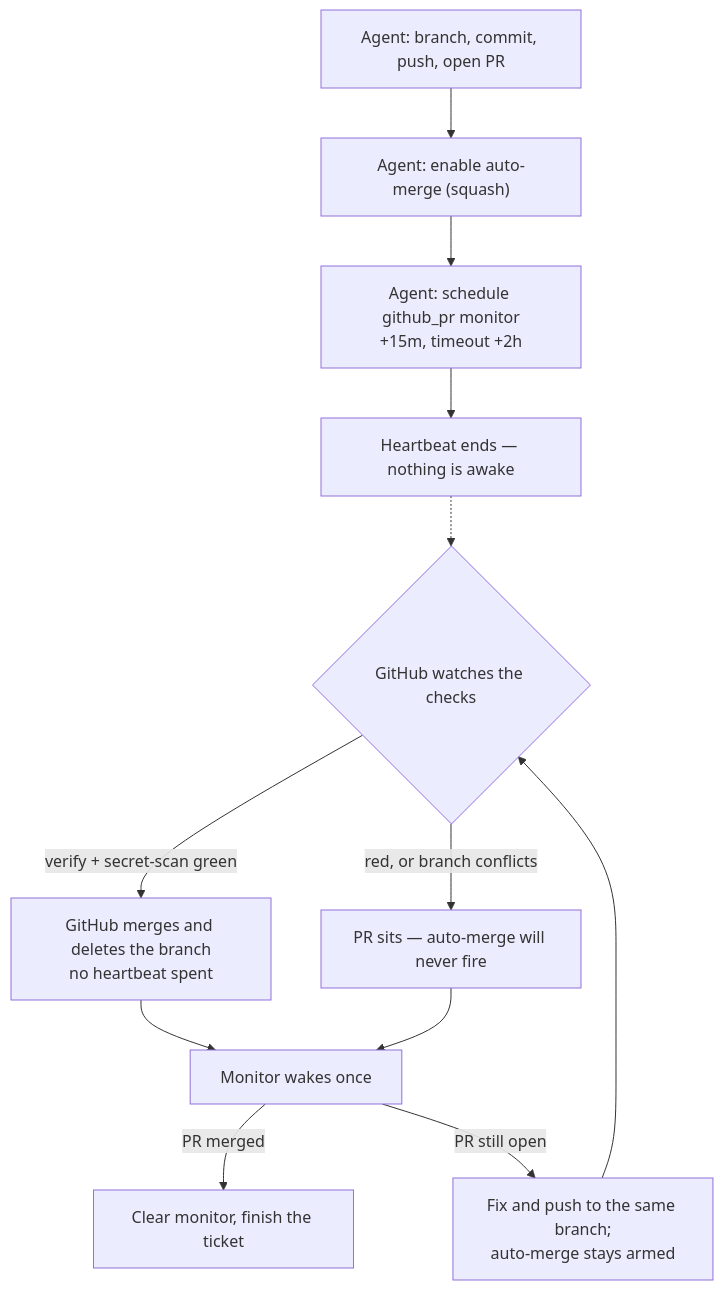
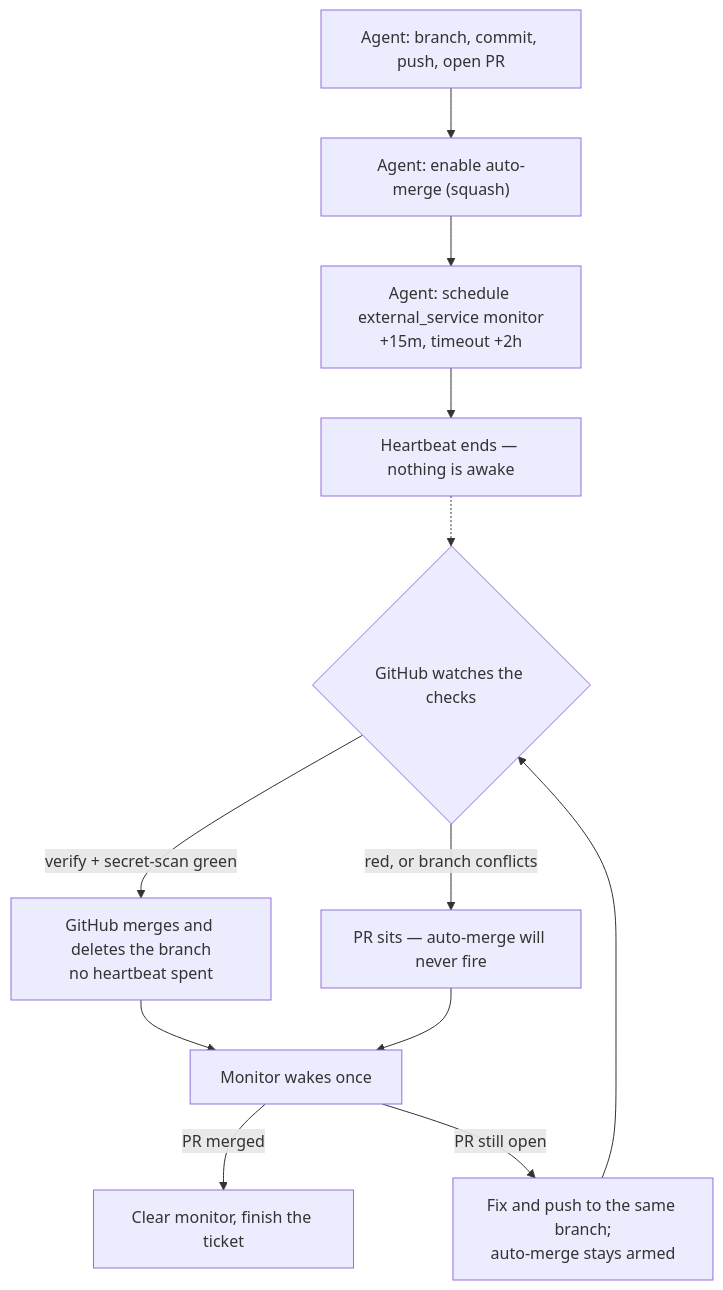
The diagram in docs/adr/0008-pr-flow-on-main.md (Neckkup/steamkid), drawn with Mermaid before and after one commit.

Commit message:
Name the real monitor kind in ADR 0008's diagram (PRO-129) (#12)
The prose on line 43 already says external_service is the only accepted kind,
but the flowchart node still read "schedule github_pr monitor" — the exact
string an agent copies when it skims the diagram instead of the paragraph.

````diff
--- a/docs/adr/0008-pr-flow-on-main.md
+++ b/docs/adr/0008-pr-flow-on-main.md
@@ -59,16 +59,16 @@
 ```mermaid
 flowchart TD
   open["Agent: branch, commit, push, open PR"]
   auto["Agent: enable auto-merge (squash)"]
-  mon["Agent: schedule github_pr monitor<br/>+15m, timeout +2h"]
+  mon["Agent: schedule external_service monitor<br/>+15m, timeout +2h"]
   exit["Heartbeat ends — nothing is awake"]
   open --> auto --> mon --> exit
   exit -.-> gh{"GitHub watches the checks"}
   gh -->|"verify + secret-scan green"| merged["GitHub merges and deletes the branch<br/>no heartbeat spent"]
   gh -->|"red, or branch conflicts"| stuck["PR sits — auto-merge will never fire"]
   merged --> wake["Monitor wakes once"]
   stuck --> wake
   wake -->|"PR merged"| close["Clear monitor, finish the ticket"]
   wake -->|"PR still open"| fix["Fix and push to the same branch;<br/>auto-merge stays armed"]
   fix --> gh
 ```
````
